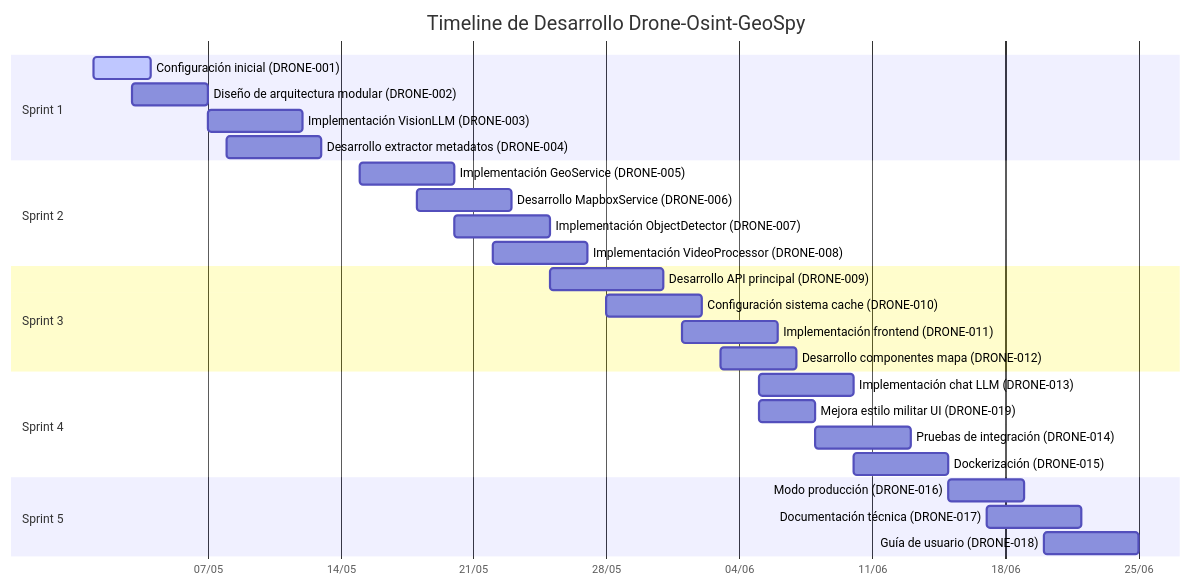
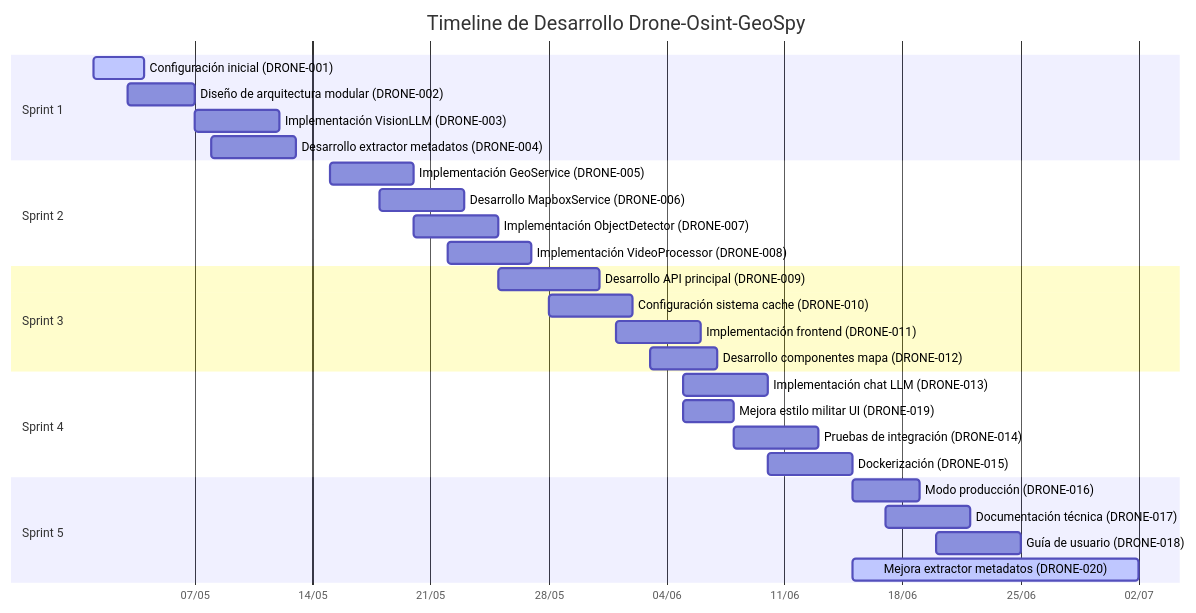
One commit to infantesromeroadrian/LLM-Vision-Geo-Analizer changed the diagram in jira-files/visualization/mermaid_gantt.md. Above: the diagram before and after it, drawn with Mermaid. The commit also changed 561 other files, not shown here.

````diff
--- a/jira-files/visualization/mermaid_gantt.md
+++ b/jira-files/visualization/mermaid_gantt.md
@@ -1,35 +1,36 @@
 ```mermaid
 gantt
     title Timeline de Desarrollo Drone-Osint-GeoSpy
     dateFormat  YYYY-MM-DD
     axisFormat %d/%m
     
     section Sprint 1
     Configuración inicial (DRONE-001)      :active, a1, 2023-05-01, 3d
     Diseño de arquitectura modular (DRONE-002)     :a2, 2023-05-03, 4d
     Implementación VisionLLM (DRONE-003)   :a3, 2023-05-07, 5d
     Desarrollo extractor metadatos (DRONE-004) :a4, 2023-05-08, 5d
     
     section Sprint 2
     Implementación GeoService (DRONE-005) :b1, 2023-05-15, 5d
     Desarrollo MapboxService (DRONE-006)  :b2, 2023-05-18, 5d
     Implementación ObjectDetector (DRONE-007) :b3, 2023-05-20, 5d
     Implementación VideoProcessor (DRONE-008) :b4, 2023-05-22, 5d
     
     section Sprint 3
     Desarrollo API principal (DRONE-009) :c1, 2023-05-25, 6d
     Configuración sistema cache (DRONE-010) :c2, 2023-05-28, 5d
     Implementación frontend (DRONE-011)     :c3, 2023-06-01, 5d
     Desarrollo componentes mapa (DRONE-012)    :c4, 2023-06-03, 4d
     
     section Sprint 4
     Implementación chat LLM (DRONE-013)    :d1, 2023-06-05, 5d
     Mejora estilo militar UI (DRONE-019) :d2, 2023-06-05, 3d
     Pruebas de integración (DRONE-014) :d3, 2023-06-08, 5d
     Dockerización (DRONE-015)     :d4, 2023-06-10, 5d
     
     section Sprint 5
     Modo producción (DRONE-016) :e1, 2023-06-15, 4d
     Documentación técnica (DRONE-017)     :e2, 2023-06-17, 5d
     Guía de usuario (DRONE-018)     :e3, 2023-06-20, 5d
+    Mejora extractor metadatos (DRONE-020) :active, e4, 2023-06-15, 17d
 ```
````
